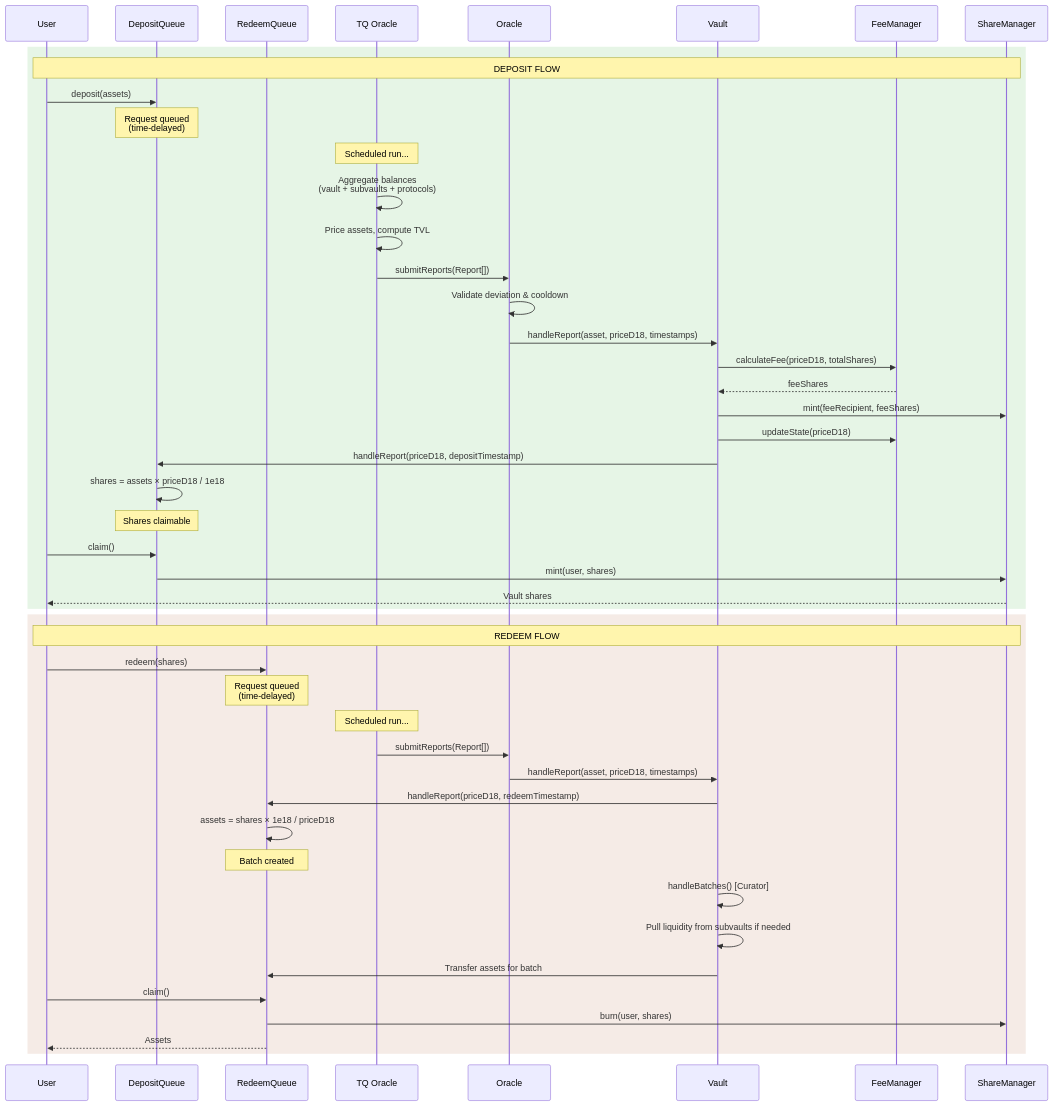
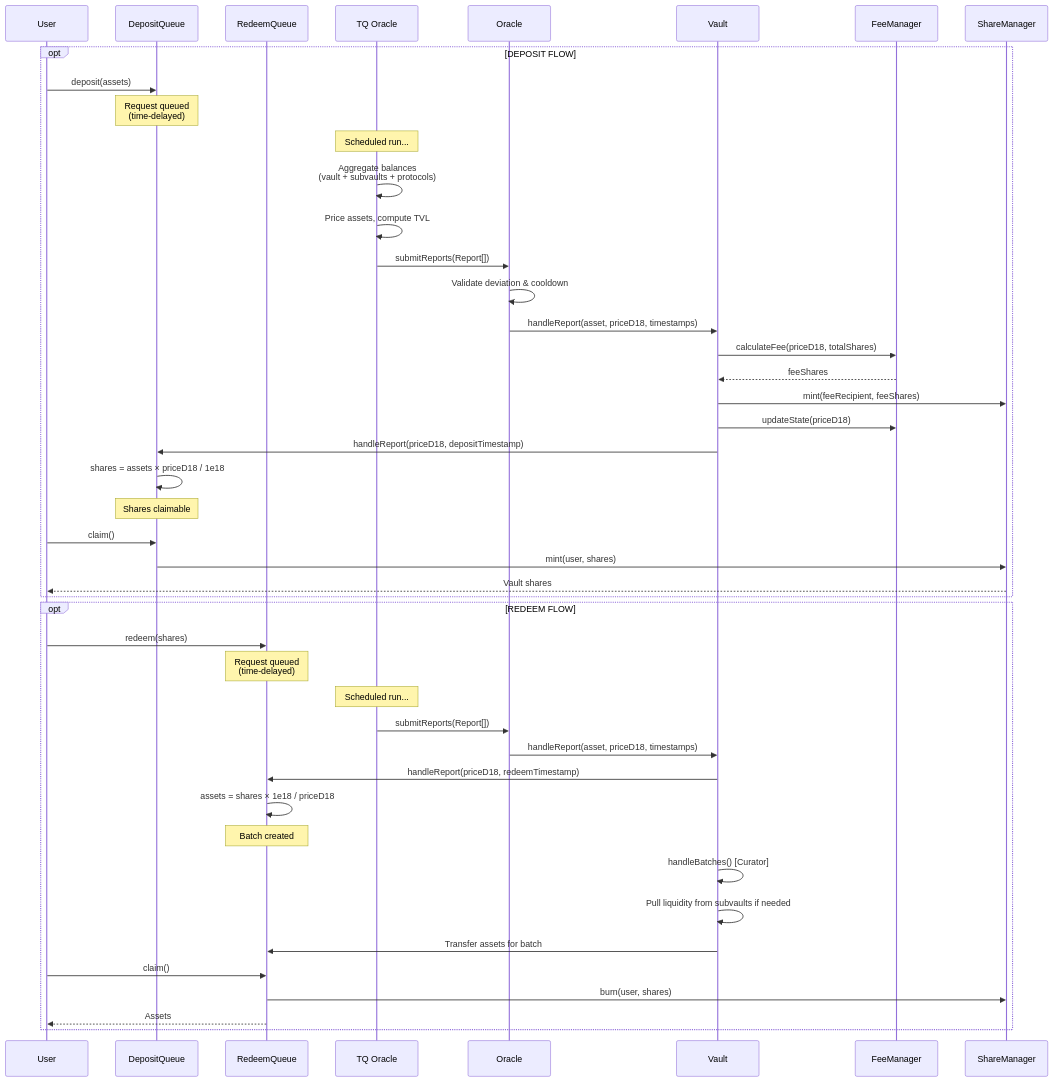
Before and after one commit to Moonsong-Labs/tq-oracle: the fourth of 4 diagrams in ARCHITECTURE.md, drawn with Mermaid.

````diff
--- a/ARCHITECTURE.md
+++ b/ARCHITECTURE.md
@@ -132,60 +132,58 @@
 ```mermaid
 sequenceDiagram
     participant User
     participant DepositQueue
     participant RedeemQueue
     participant TQOracle as TQ Oracle
     participant Oracle
     participant Vault
     participant FeeManager
     participant ShareManager
 
-    rect rgb(230, 245, 230)
-    Note over User,ShareManager: DEPOSIT FLOW
+    opt DEPOSIT FLOW
     User->>DepositQueue: deposit(assets)
     Note over DepositQueue: Request queued<br/>(time-delayed)
 
     Note over TQOracle: Scheduled run...
     TQOracle->>TQOracle: Aggregate balances<br/>(vault + subvaults + protocols)
     TQOracle->>TQOracle: Price assets, compute TVL
     TQOracle->>Oracle: submitReports(Report[])
 
     Oracle->>Oracle: Validate deviation & cooldown
     Oracle->>Vault: handleReport(asset, priceD18, timestamps)
 
     Vault->>FeeManager: calculateFee(priceD18, totalShares)
     FeeManager-->>Vault: feeShares
     Vault->>ShareManager: mint(feeRecipient, feeShares)
     Vault->>FeeManager: updateState(priceD18)
 
     Vault->>DepositQueue: handleReport(priceD18, depositTimestamp)
     DepositQueue->>DepositQueue: shares = assets × priceD18 / 1e18
     Note over DepositQueue: Shares claimable
 
     User->>DepositQueue: claim()
     DepositQueue->>ShareManager: mint(user, shares)
     ShareManager-->>User: Vault shares
     end
 
-    rect rgb(245, 235, 230)
-    Note over User,ShareManager: REDEEM FLOW
+    opt REDEEM FLOW
     User->>RedeemQueue: redeem(shares)
     Note over RedeemQueue: Request queued<br/>(time-delayed)
 
     Note over TQOracle: Scheduled run...
     TQOracle->>Oracle: submitReports(Report[])
     Oracle->>Vault: handleReport(asset, priceD18, timestamps)
 
     Vault->>RedeemQueue: handleReport(priceD18, redeemTimestamp)
     RedeemQueue->>RedeemQueue: assets = shares × 1e18 / priceD18
     Note over RedeemQueue: Batch created
 
     Vault->>Vault: handleBatches() [Curator]
     Vault->>Vault: Pull liquidity from subvaults if needed
     Vault->>RedeemQueue: Transfer assets for batch
 
     User->>RedeemQueue: claim()
     RedeemQueue->>ShareManager: burn(user, shares)
     RedeemQueue-->>User: Assets
     end
 ```
````
